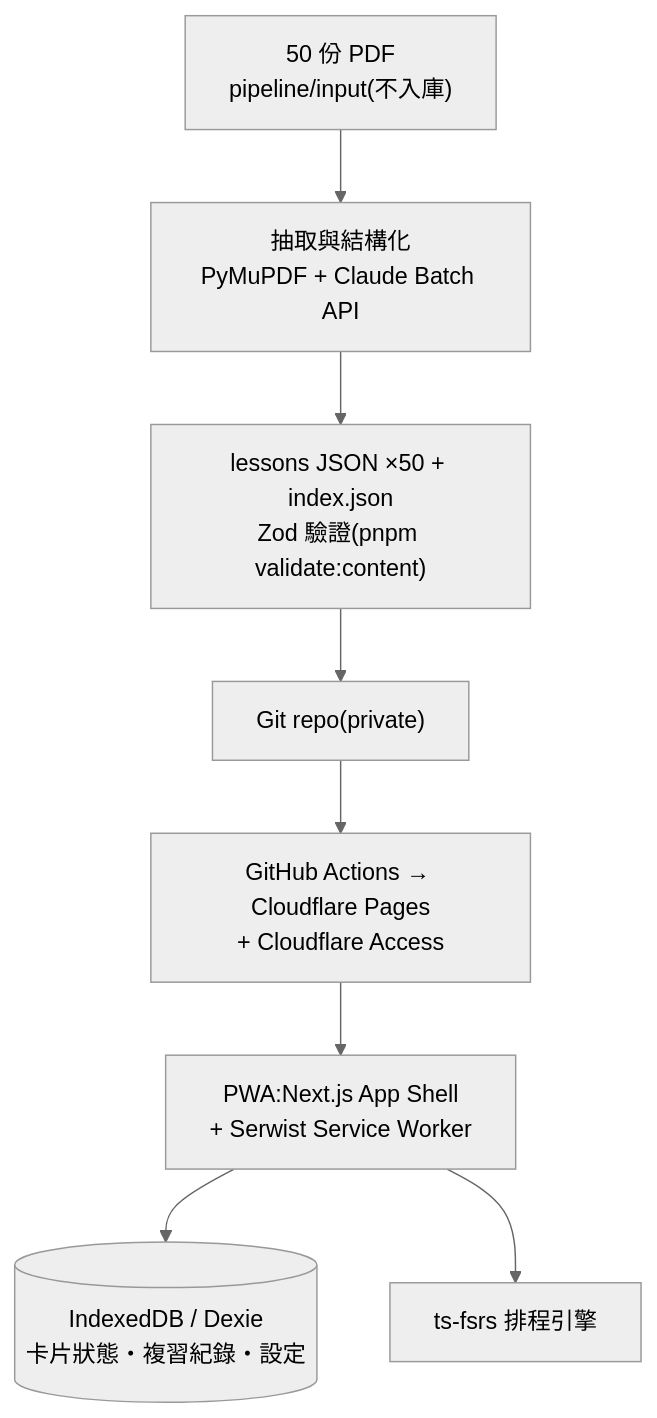
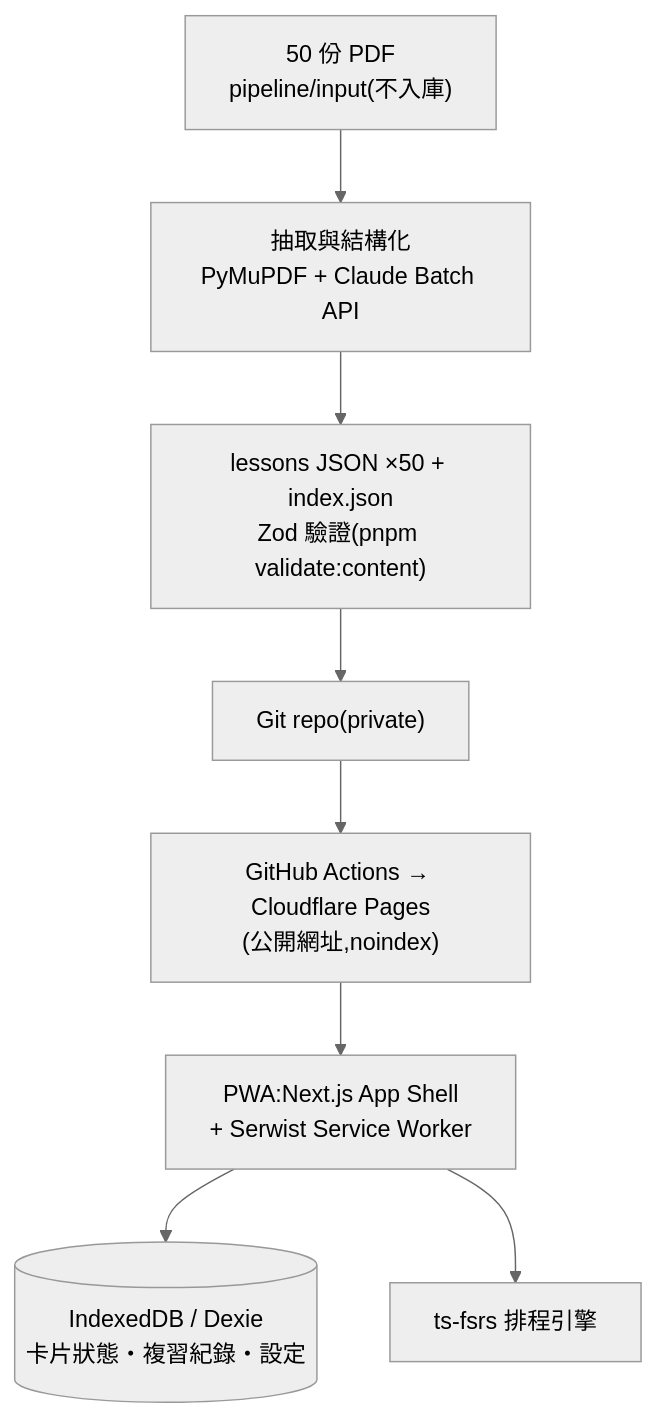
Before and after one commit to sychen6192/minna-pwa: the diagram in docs/ARCHITECTURE.md, drawn with Mermaid (neutral theme). The commit also changed other lines of this file and 8 other files, not shown here.

````diff
--- a/docs/ARCHITECTURE.md
+++ b/docs/ARCHITECTURE.md
@@ -5,10 +5,10 @@
 ```mermaid
 flowchart TD
   A["50 份 PDF<br/>pipeline/input(不入庫)"] --> B["抽取與結構化<br/>PyMuPDF + Claude Batch API"]
   B --> C["lessons JSON ×50 + index.json<br/>Zod 驗證(pnpm validate:content)"]
   C --> D["Git repo(private)"]
-  D --> E["GitHub Actions → Cloudflare Pages<br/>+ Cloudflare Access"]
+  D --> E["GitHub Actions → Cloudflare Pages<br/>(公開網址,noindex)"]
   E --> F["PWA:Next.js App Shell<br/>+ Serwist Service Worker"]
   F --> G[("IndexedDB / Dexie<br/>卡片狀態・複習紀錄・設定")]
   F --> H["ts-fsrs 排程引擎"]
 ```
````
